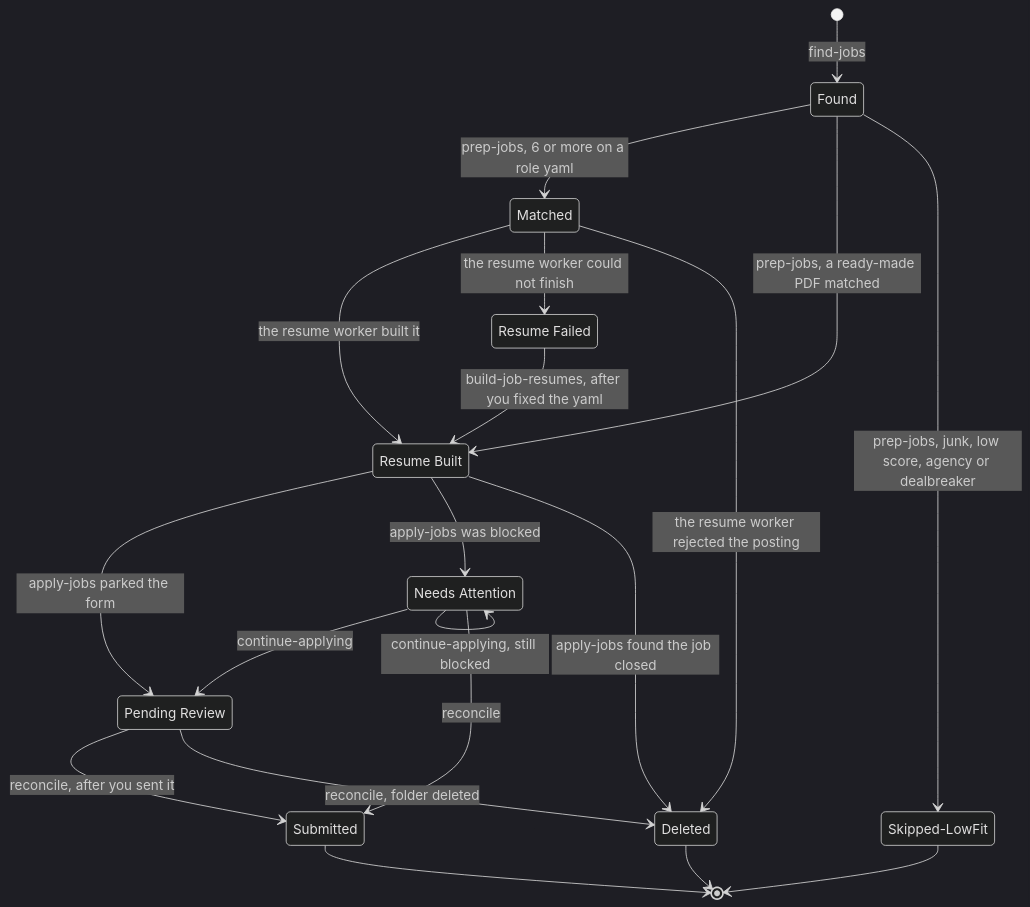
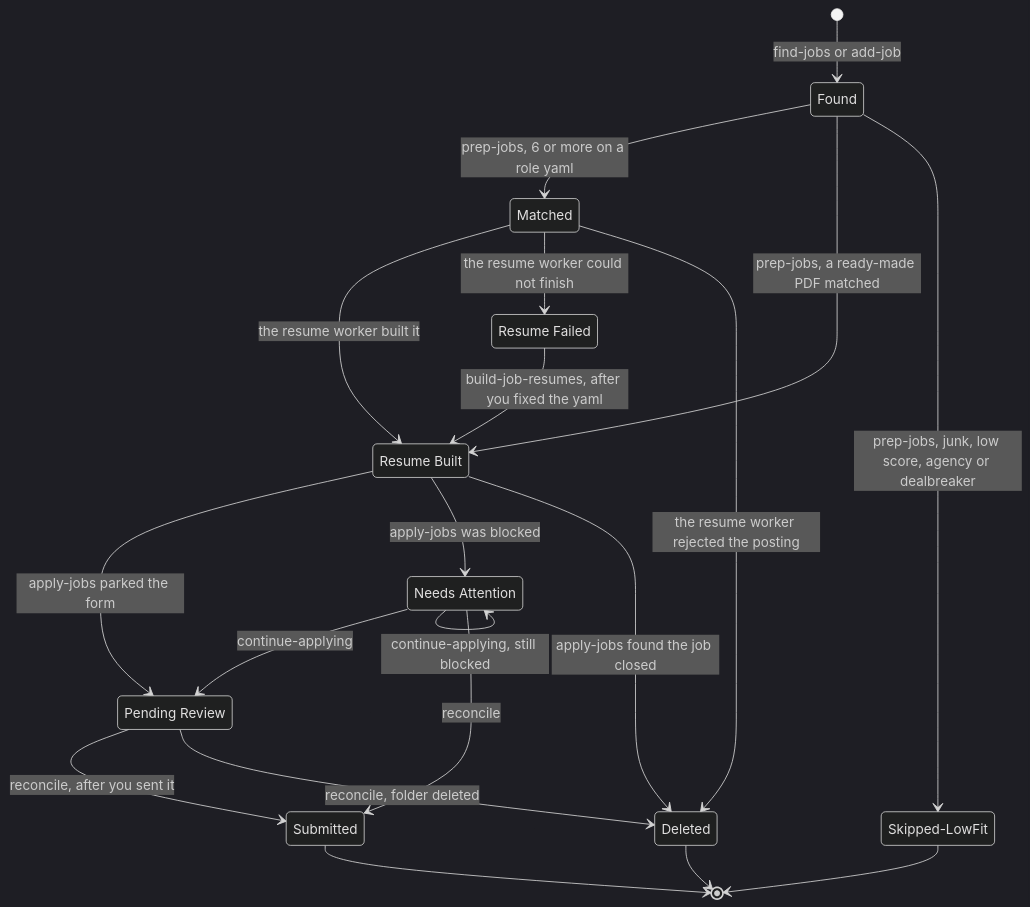
The sixth of 7 diagrams in docs/ARCHITECTURE.md (Maaz77/ohmyjob), drawn with Mermaid (dark theme) before and after one commit. The commit also changed other lines of this file and 4 other files, not shown here.

````diff
--- a/docs/ARCHITECTURE.md
+++ b/docs/ARCHITECTURE.md
@@ -299,32 +303,32 @@
 ```mermaid
 stateDiagram-v2
     state "Found" as Found
     state "Matched" as Matched
     state "Skipped-LowFit" as Skipped
     state "Resume Built" as Built
     state "Resume Failed" as Failed
     state "Pending Review" as Pending
     state "Needs Attention" as Needs
     state "Submitted" as Submitted
     state "Deleted" as Deleted
 
-    [*] --> Found: find-jobs
+    [*] --> Found: find-jobs or add-job
     Found --> Matched: prep-jobs, 6 or more on a role yaml
     Found --> Built: prep-jobs, a ready-made PDF matched
     Found --> Skipped: prep-jobs, junk, low score, agency or dealbreaker
     Matched --> Built: the resume worker built it
     Matched --> Failed: the resume worker could not finish
     Matched --> Deleted: the resume worker rejected the posting
     Failed --> Built: build-job-resumes, after you fixed the yaml
     Built --> Pending: apply-jobs parked the form
     Built --> Needs: apply-jobs was blocked
     Built --> Deleted: apply-jobs found the job closed
     Needs --> Pending: continue-applying
     Needs --> Needs: continue-applying, still blocked
     Pending --> Submitted: reconcile, after you sent it
     Needs --> Submitted: reconcile
     Pending --> Deleted: reconcile, folder deleted
     Skipped --> [*]
     Submitted --> [*]
     Deleted --> [*]
 ```
````
